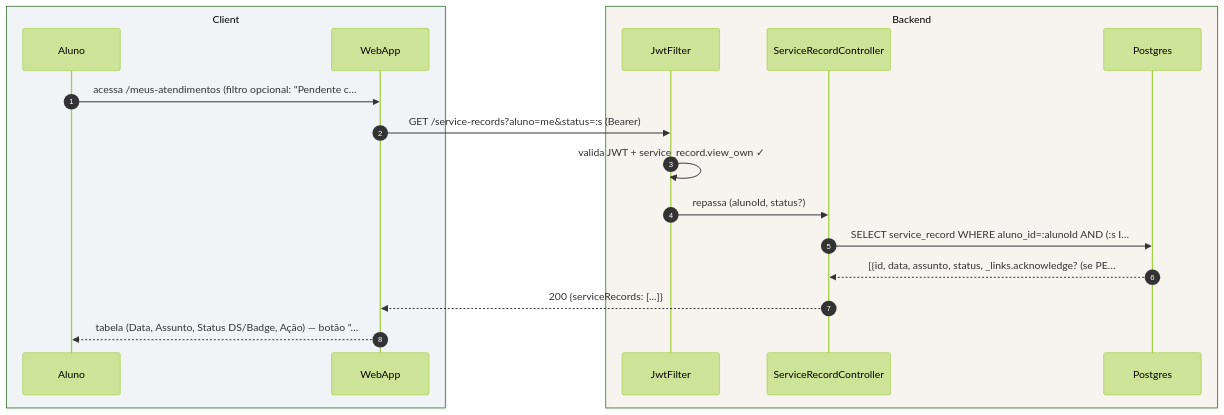
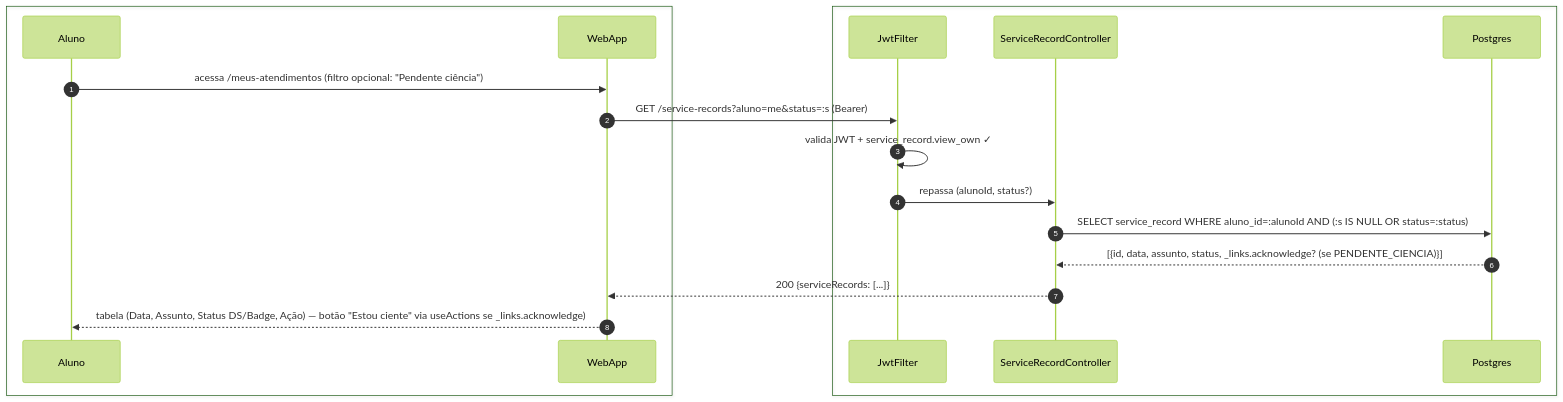
The first of 2 diagrams in foundationDocs/sequenceDiagrams/F1 — Aluno/US-F1-011-ATENDIMENTOS.md (umishell/secretariaOnline2), drawn with Mermaid (forest theme) before and after one commit. The commit also changed other lines of this file and 70 other files, not shown here.

First line of the commit message:
Enhance database documentation and introduce new schema files

````diff
--- a/foundationDocs/sequenceDiagrams/F1 — Aluno/US-F1-011-ATENDIMENTOS.md
+++ b/foundationDocs/sequenceDiagrams/F1 — Aluno/US-F1-011-ATENDIMENTOS.md
@@ -45,22 +45,22 @@
 ```mermaid
 sequenceDiagram
     autonumber
-    box rgba(230,245,255,0.3) Client
+    box #e8f4fc Cliente
         participant Aluno
         participant WebApp
     end
-    box rgba(255,245,230,0.3) Backend
+    box #fff8ee Servidor
         participant JwtFilter
         participant ServiceRecordController
         participant Postgres
     end
 
-    Aluno->>WebApp: acessa /meus-atendimentos (filtro opcional: "Pendente c…
+    Aluno->>WebApp: acessa /meus-atendimentos (filtro opcional: "Pendente ciência")
     WebApp->>JwtFilter: GET /service-records?aluno=me&status=:s (Bearer)
     JwtFilter->>JwtFilter: valida JWT + service_record.view_own ✓
     JwtFilter->>ServiceRecordController: repassa (alunoId, status?)
-    ServiceRecordController->>Postgres: SELECT service_record WHERE aluno_id=:alunoId AND (:s I…
-    Postgres-->>ServiceRecordController: [{id, data, assunto, status, _links.acknowledge? (se PE…
+    ServiceRecordController->>Postgres: SELECT service_record WHERE aluno_id=:alunoId AND (:s IS NULL OR status=:status)
+    Postgres-->>ServiceRecordController: [{id, data, assunto, status, _links.acknowledge? (se PENDENTE_CIENCIA)}]
     ServiceRecordController-->>WebApp: 200 {serviceRecords: [...]}
-    WebApp-->>Aluno: tabela (Data, Assunto, Status DS/Badge, Ação) — botão "…
+    WebApp-->>Aluno: tabela (Data, Assunto, Status DS/Badge, Ação) — botão "Estou ciente" via useActions se _links.acknowledge)
 ```
````
